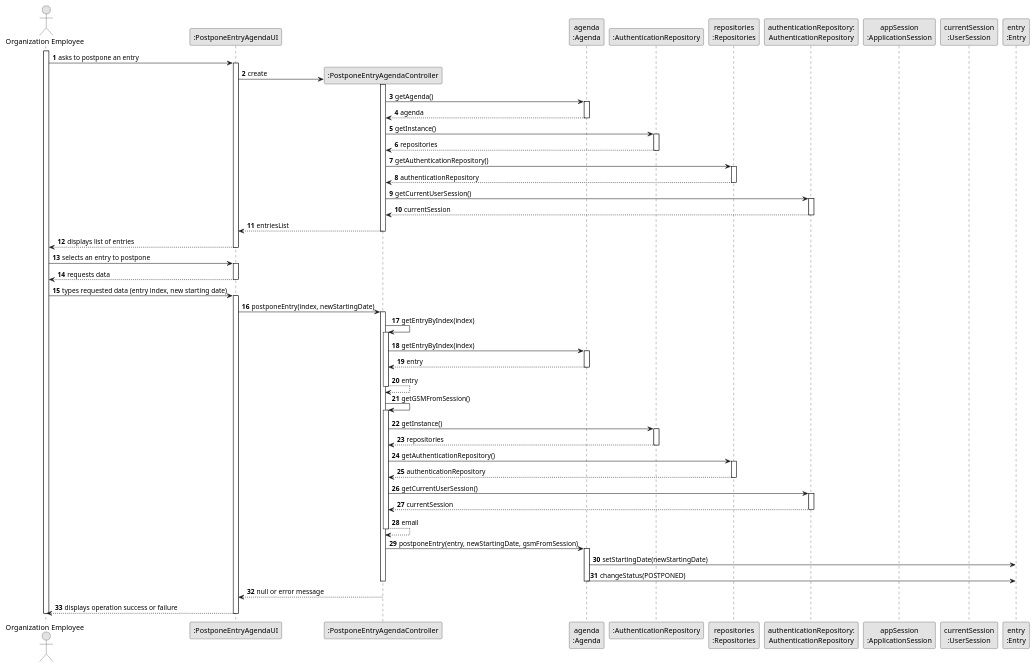
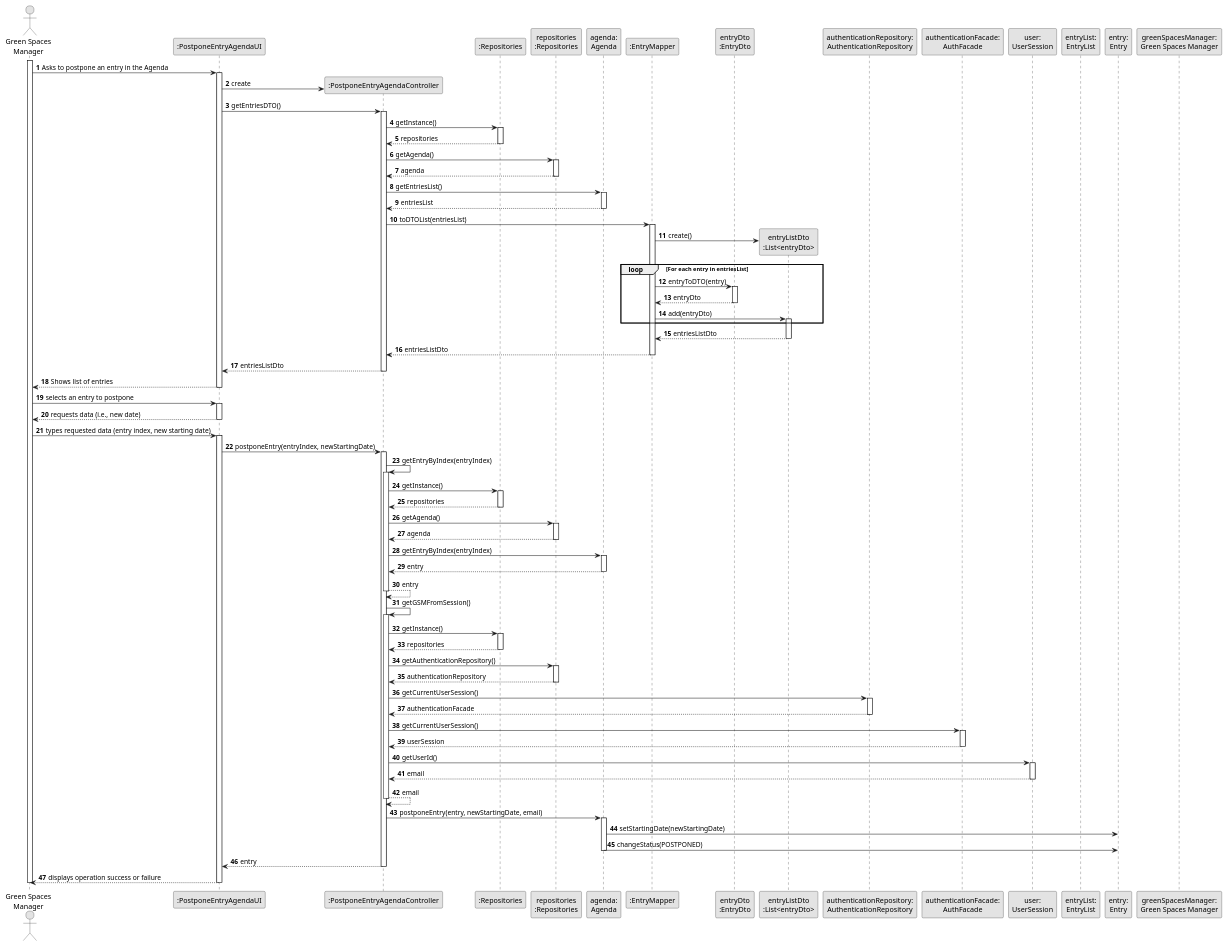
One commit to daniel41silva05/ISEP_2023_2024_LAPR2 changed the diagram in docs/sprintA&B&C/us024/03.design/puml/us024-sequence-diagram-full.puml. Above: the diagram before and after it, drawn with PlantUML. The commit also changed 1 other file, not shown here.

Commit message:
US24 Sequence Diagram Correction

```diff
--- a/docs/sprintA&B&C/us024/03.design/puml/us024-sequence-diagram-full.puml
+++ b/docs/sprintA&B&C/us024/03.design/puml/us024-sequence-diagram-full.puml
@@ -1,125 +1,170 @@
-    @startuml
-    skinparam monochrome true
-    skinparam packageStyle rectangle
-    skinparam shadowing false
+@startuml
+skinparam monochrome true
+skinparam packageStyle rectangle
+skinparam shadowing false
 
-    autonumber
+autonumber
 
-    'hide footbox
-    actor "Organization Employee" as ADM
-    participant ":PostponeEntryAgendaUI" as UI
-    participant ":PostponeEntryAgendaController" as CTRL
-    participant "agenda\n:Agenda" as AGENDA
-    participant ":AuthenticationRepository" as RepositorySingleton
-    participant "repositories\n:Repositories" as PLAT
-    participant "authenticationRepository:\nAuthenticationRepository" as AuthenticationRepository
-    participant "appSession\n:ApplicationSession" as APP
-    participant "currentSession\n:UserSession" as SESSAO
-    participant "entry\n:Entry" as ENTRADA
+'hide footbox
+actor "Green Spaces\nManager" as GSM
+participant ":PostponeEntryAgendaUI" as UI
+participant ":PostponeEntryAgendaController" as CTRL
+participant ":Repositories" as REP
+participant "repositories\n:Repositories" as REPS
+participant "agenda:\nAgenda" as AGENDA
+participant ":EntryMapper" as entryMAPPER
+participant "entryDto\n:EntryDto" as entryDTO
+participant "entryListDto\n:List<entryDto>" as entryListDTO
+participant "authenticationRepository:\nAuthenticationRepository" as authentication
+participant "authenticationFacade:\nAuthFacade" as authFacade
+participant "user:\nUserSession" as user
+participant "entryList:\nEntryList" as entryList
+participant "entry:\nEntry" as ENTRY
+participant "greenSpacesManager:\nGreen Spaces Manager" as USER
 
-    activate ADM
+activate GSM
 
-        ADM -> UI : asks to postpone an entry
+    GSM -> UI : Asks to postpone an entry in the Agenda
+    activate UI
 
-        activate UI
+        UI -> CTRL** : create
 
-            UI -> CTRL** : create
+        UI -> CTRL : getEntriesDTO()
+        activate CTRL
+
+            CTRL -> REP : getInstance()
+            activate REP
+
+            REP --> CTRL: repositories
+            deactivate REP
+
+            CTRL -> REPS : getAgenda()
+            activate REPS
+
+            REPS --> CTRL: agenda
+            deactivate REPS
+
+            CTRL -> AGENDA: getEntriesList()
+            activate AGENDA
+
+            AGENDA --> CTRL : entriesList
+            deactivate AGENDA
+
+            CTRL -> entryMAPPER: toDTOList(entriesList)
+            activate entryMAPPER
+
+                entryMAPPER -> entryListDTO** : create()
+
+                loop For each entry in entriesList
+
+                entryMAPPER -> entryDTO: entryToDTO(entry)
+                activate entryDTO
+
+                entryDTO --> entryMAPPER: entryDto
+                deactivate entryDTO
+
+                entryMAPPER -> entryListDTO: add(entryDto)
+                activate entryListDTO
+
+                end
+
+                entryListDTO --> entryMAPPER: entriesListDto
+                deactivate entryListDTO
+
+            entryMAPPER --> CTRL : entriesListDto
+            deactivate entryMAPPER
+
+        CTRL --> UI : entriesListDto
+        deactivate CTRL
+
+    UI --> GSM : Shows list of entries
+    deactivate UI
+
+    GSM -> UI : selects an entry to postpone
+    activate UI
+
+    UI --> GSM : requests data (i.e., new date)
+    deactivate UI
+
+    GSM -> UI : types requested data (entry index, new starting date)
+    activate UI
+
+        UI -> CTRL: postponeEntry(entryIndex, newStartingDate)
+        activate CTRL
+
+            CTRL -> CTRL: getEntryByIndex(entryIndex)
             activate CTRL
 
-                CTRL -> AGENDA : getAgenda()
-                activate AGENDA
+            CTRL -> REP: getInstance()
+            activate REP
 
-                    AGENDA --> CTRL: agenda
-                deactivate AGENDA
+            REP --> CTRL: repositories
+            deactivate REP
 
-                CTRL -> RepositorySingleton : getInstance()
-                activate RepositorySingleton
+            CTRL -> REPS: getAgenda()
+            activate REPS
 
-                    RepositorySingleton --> CTRL: repositories
-                deactivate RepositorySingleton
+            REPS --> CTRL: agenda
+            deactivate REPS
 
-                CTRL -> PLAT : getAuthenticationRepository()
-                activate PLAT
+            CTRL -> AGENDA: getEntryByIndex(entryIndex)
+            activate AGENDA
 
-                    PLAT --> CTRL: authenticationRepository
-                deactivate PLAT
+            AGENDA --> CTRL: entry
+            deactivate AGENDA
 
-                CTRL -> AuthenticationRepository : getCurrentUserSession()
-                activate AuthenticationRepository
-
-                    AuthenticationRepository --> CTRL: currentSession
-                deactivate AuthenticationRepository
-
-                CTRL --> UI : entriesList
+            CTRL --> CTRL: entry
             deactivate CTRL
 
-            UI --> ADM : displays list of entries
-
-        deactivate UI
-
-        ADM -> UI : selects an entry to postpone
-        activate UI
-
-            UI --> ADM : requests data
-        deactivate UI
-
-        ADM -> UI : types requested data (entry index, new starting date)
-        activate UI
-
-            UI -> CTRL : postponeEntry(index, newStartingDate)
+            CTRL -> CTRL: getGSMFromSession()
             activate CTRL
 
-                CTRL -> CTRL : getEntryByIndex(index)
-                activate CTRL
+            CTRL -> REP: getInstance()
+            activate REP
 
-                    CTRL -> AGENDA : getEntryByIndex(index)
-                    activate AGENDA
+            REP --> CTRL: repositories
+            deactivate REP
 
-                        AGENDA --> CTRL: entry
-                    deactivate AGENDA
+            CTRL -> REPS: getAuthenticationRepository()
+            activate REPS
 
-                    CTRL --> CTRL : entry
-                deactivate CTRL
+            REPS --> CTRL: authenticationRepository
+            deactivate REPS
 
-                CTRL -> CTRL : getGSMFromSession()
-                activate CTRL
+            CTRL -> authentication: getCurrentUserSession()
+            activate authentication
 
-                    CTRL -> RepositorySingleton : getInstance()
-                    activate RepositorySingleton
+            authentication --> CTRL: authenticationFacade
+            deactivate authentication
 
-                        RepositorySingleton --> CTRL: repositories
-                    deactivate RepositorySingleton
+            CTRL -> authFacade: getCurrentUserSession()
+            activate authFacade
 
-                    CTRL -> PLAT : getAuthenticationRepository()
-                    activate PLAT
+            authFacade --> CTRL: userSession
+            deactivate authFacade
 
-                        PLAT --> CTRL: authenticationRepository
-                    deactivate PLAT
+            CTRL -> user: getUserId()
+            activate user
 
-                    CTRL -> AuthenticationRepository : getCurrentUserSession()
-                    activate AuthenticationRepository
+            user --> CTRL: email
+            deactivate user
 
-                        AuthenticationRepository --> CTRL: currentSession
-                    deactivate AuthenticationRepository
-
-                    CTRL --> CTRL : email
-                deactivate CTRL
-
-                CTRL -> AGENDA : postponeEntry(entry, newStartingDate, gsmFromSession)
-                activate AGENDA
-
-                    AGENDA -> ENTRADA : setStartingDate(newStartingDate)
-                    AGENDA -> ENTRADA : changeStatus(POSTPONED)
-                deactivate AGENDA
-
+            CTRL --> CTRL: email
             deactivate CTRL
 
-            CTRL --> UI : null or error message
-            deactivate CTRL
+            CTRL -> AGENDA: postponeEntry(entry, newStartingDate, email)
+            activate AGENDA
 
-            UI --> ADM : displays operation success or failure
-        deactivate UI
+                AGENDA -> ENTRY : setStartingDate(newStartingDate)
+                AGENDA -> ENTRY : changeStatus(POSTPONED)
+            deactivate AGENDA
 
-    deactivate ADM
+        CTRL --> UI: entry
+        deactivate CTRL
 
-    @enduml
+    UI --> GSM: displays operation success or failure
+    deactivate UI
+
+deactivate GSM
+
+@enduml
```
